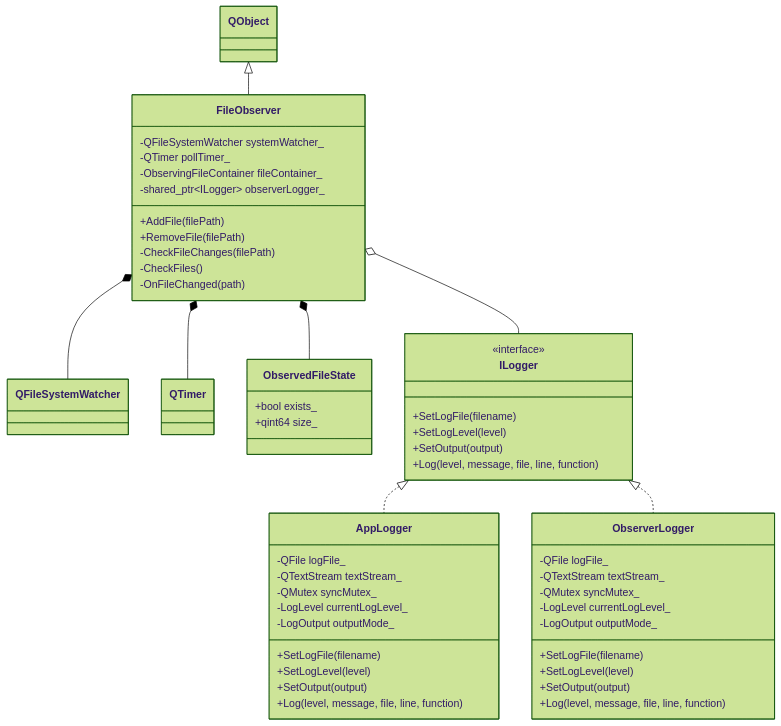
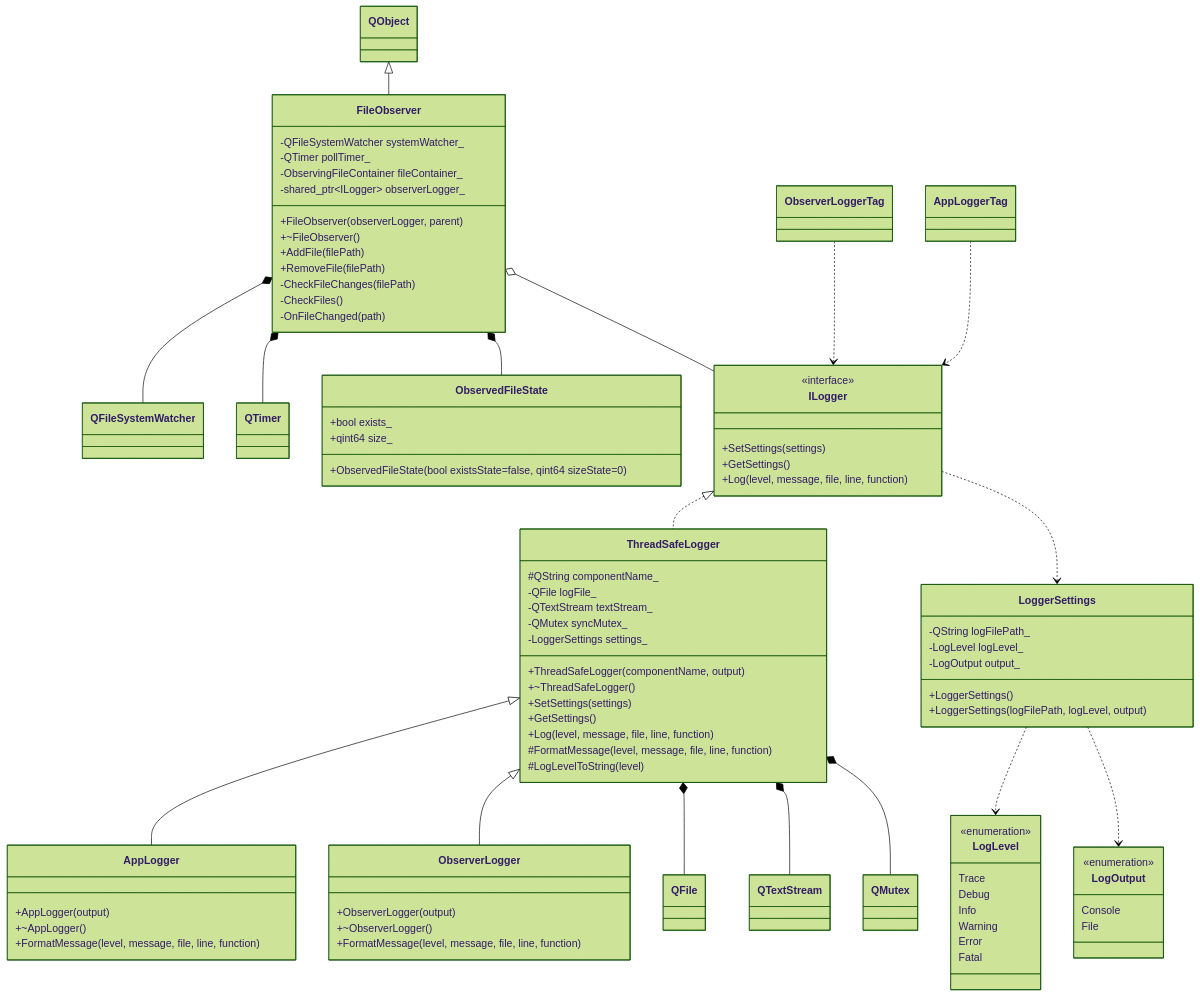
Before and after one commit to artoshechka/programming_tech_lab_1: the diagram in README.md, drawn with Mermaid (forest theme). The commit also changed other lines of this file and 14 other files, not shown here.

Commit message:
Refactor logging system to introduce thread-safe logger and settings management

```diff
--- a/README.md
+++ b/README.md
@@ -40,49 +40,84 @@
 	class QObject
 	class QFileSystemWatcher
 	class QTimer
+	class QFile
+	class QTextStream
+	class QMutex
 
 	class ObservedFileState {
+		+ObservedFileState(bool existsState=false, qint64 sizeState=0)
 		+bool exists_
 		+qint64 size_
 	}
 
+	class LogLevel {
+		<<enumeration>>
+		Trace
+		Debug
+		Info
+		Warning
+		Error
+		Fatal
+	}
+
+	class LogOutput {
+		<<enumeration>>
+		Console
+		File
+	}
+
+	class LoggerSettings {
+		-QString logFilePath_
+		-LogLevel logLevel_
+		-LogOutput output_
+		+LoggerSettings()
+		+LoggerSettings(logFilePath, logLevel, output)
+	}
+
 	class ILogger {
 		<<interface>>
-		+SetLogFile(filename)
-		+SetLogLevel(level)
-		+SetOutput(output)
+		+SetSettings(settings)
+		+GetSettings()
 		+Log(level, message, file, line, function)
 	}
 
-	class AppLogger {
+	class ThreadSafeLogger {
+		#QString componentName_
 		-QFile logFile_
 		-QTextStream textStream_
 		-QMutex syncMutex_
-		-LogLevel currentLogLevel_
-		-LogOutput outputMode_
-		+SetLogFile(filename)
-		+SetLogLevel(level)
-		+SetOutput(output)
+		-LoggerSettings settings_
+		+ThreadSafeLogger(componentName, output)
+		+~ThreadSafeLogger()
+		+SetSettings(settings)
+		+GetSettings()
 		+Log(level, message, file, line, function)
+		#FormatMessage(level, message, file, line, function)
+		#LogLevelToString(level)
+	}
+
+	class AppLogger {
+		+AppLogger(output)
+		+~AppLogger()
+		+FormatMessage(level, message, file, line, function)
 	}
 
 	class ObserverLogger {
-		-QFile logFile_
-		-QTextStream textStream_
-		-QMutex syncMutex_
-		-LogLevel currentLogLevel_
-		-LogOutput outputMode_
-		+SetLogFile(filename)
-		+SetLogLevel(level)
-		+SetOutput(output)
-		+Log(level, message, file, line, function)
+		+ObserverLogger(output)
+		+~ObserverLogger()
+		+FormatMessage(level, message, file, line, function)
 	}
+
+	class AppLoggerTag
+	class ObserverLoggerTag
 
 	class FileObserver {
 		-QFileSystemWatcher systemWatcher_
 		-QTimer pollTimer_
 		-ObservingFileContainer fileContainer_
 		-shared_ptr~ILogger~ observerLogger_
+		+FileObserver(observerLogger, parent)
+		+~FileObserver()
 		+AddFile(filePath)
 		+RemoveFile(filePath)
 		-CheckFileChanges(filePath)
@@ -91,8 +126,17 @@
 	}
 
 	QObject <|-- FileObserver
-	ILogger <|.. AppLogger
-	ILogger <|.. ObserverLogger
+	ILogger <|.. ThreadSafeLogger
+	ThreadSafeLogger <|-- AppLogger
+	ThreadSafeLogger <|-- ObserverLogger
+	ILogger ..> LoggerSettings
+	LoggerSettings ..> LogLevel
+	LoggerSettings ..> LogOutput
+	AppLoggerTag ..> ILogger
+	ObserverLoggerTag ..> ILogger
+	ThreadSafeLogger *-- QFile
+	ThreadSafeLogger *-- QTextStream
+	ThreadSafeLogger *-- QMutex
 	FileObserver *-- ObservedFileState
 	FileObserver *-- QFileSystemWatcher
 	FileObserver *-- QTimer
```
